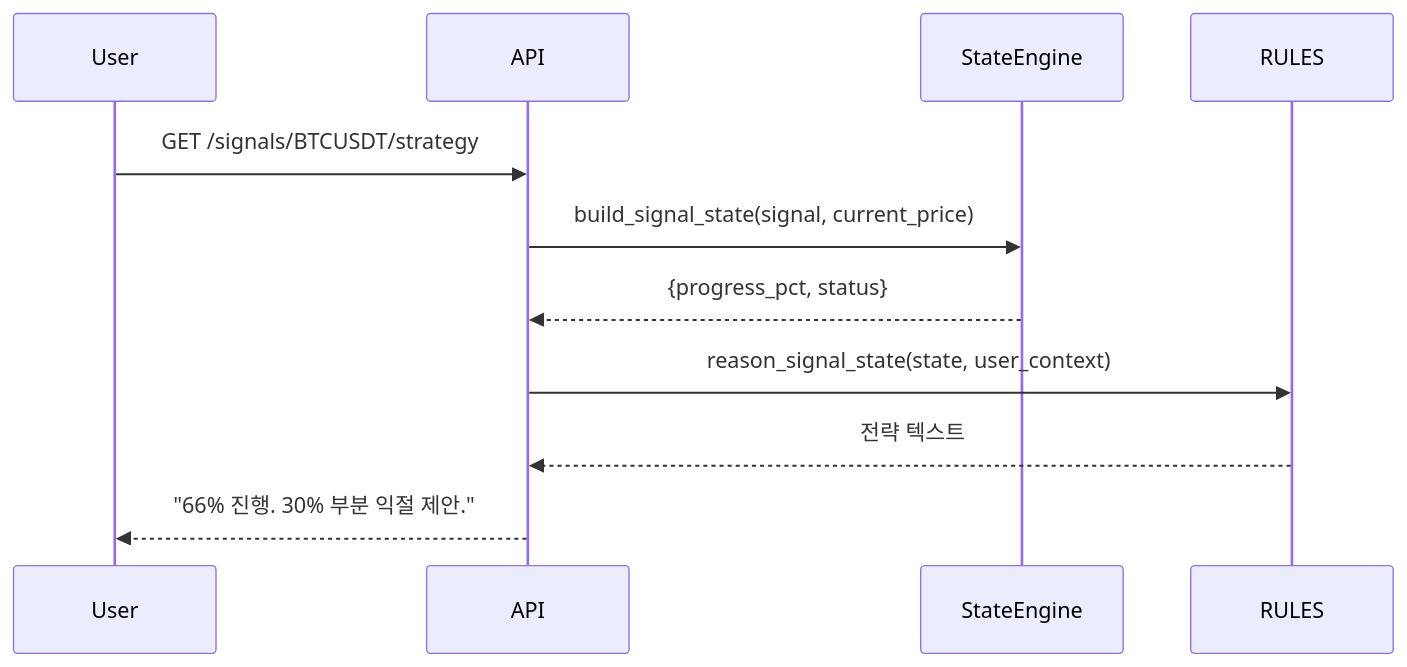
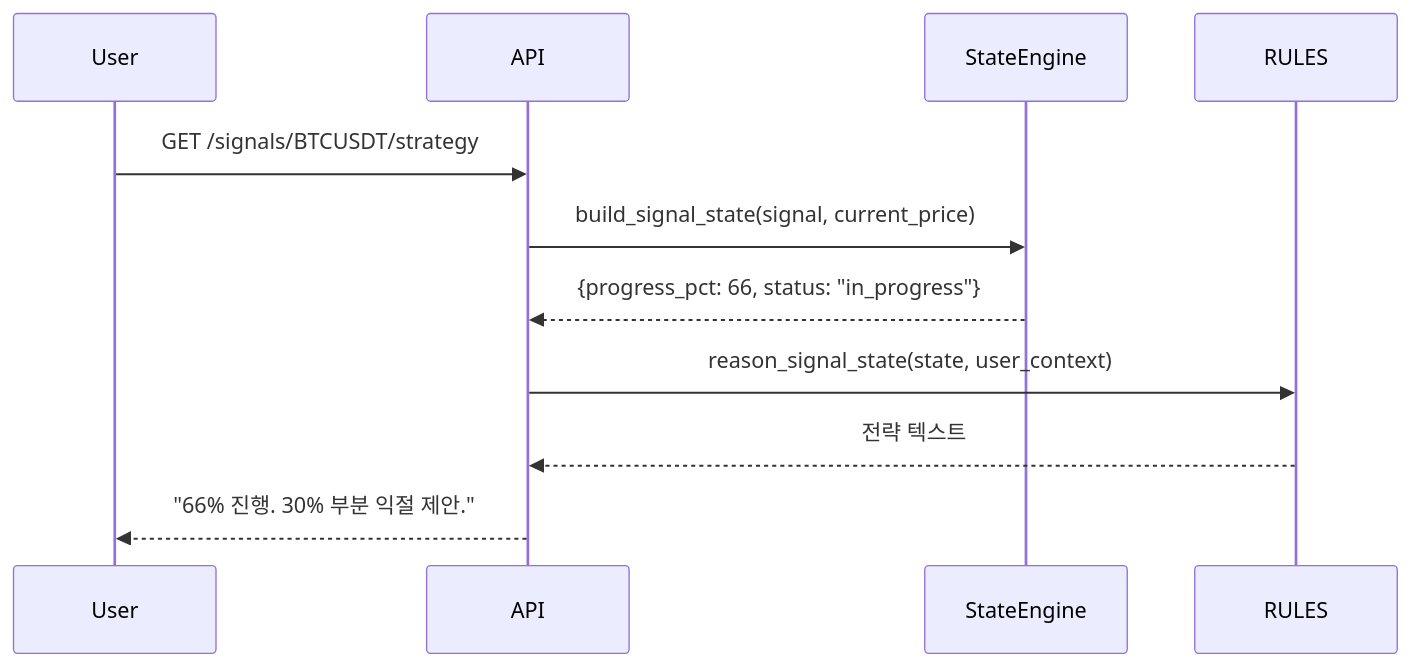
Before and after one commit to gigshow/decker-ai-strategy-builder: the third of 5 diagrams in diagrams/system_flow.md, drawn with Mermaid. The commit also changed other lines of this file and 9 other files, not shown here.

````diff
--- a/diagrams/system_flow.md
+++ b/diagrams/system_flow.md
@@ -37,14 +61,14 @@
 ```mermaid
 sequenceDiagram
     participant User
     participant API
     participant StateEngine
     participant RULES
 
     User->>API: GET /signals/BTCUSDT/strategy
     API->>StateEngine: build_signal_state(signal, current_price)
-    StateEngine-->>API: {progress_pct, status}
+    StateEngine-->>API: {progress_pct: 66, status: "in_progress"}
     API->>RULES: reason_signal_state(state, user_context)
     RULES-->>API: 전략 텍스트
     API-->>User: "66% 진행. 30% 부분 익절 제안."
 ```
````
